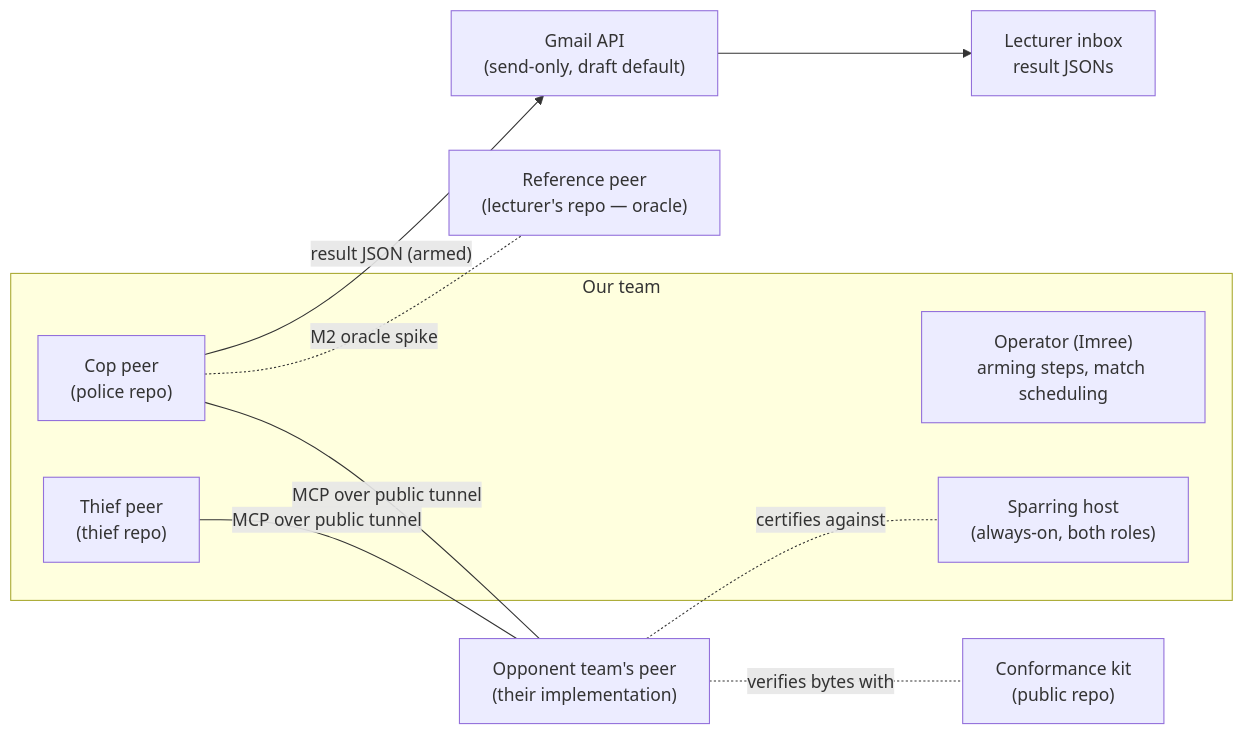
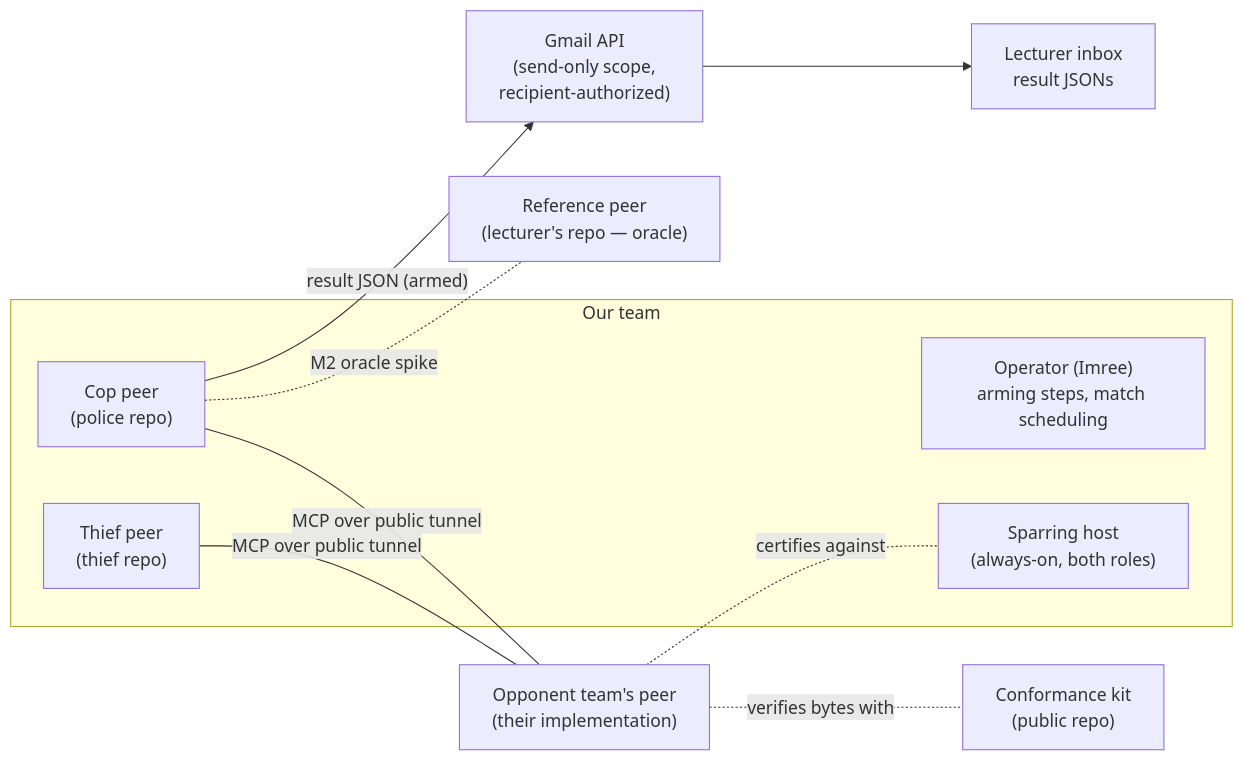
The first of 2 diagrams in docs/PLAN.md (Imreec/copthief-p2p-cop), drawn with Mermaid before and after one commit. The commit also changed other lines of this file and 19 other files, not shown here.

First line of the commit message:
feat(report): M7-6 automatic recipient-authorized reporting (ADR-0008) (#54)

````diff
--- a/docs/PLAN.md
+++ b/docs/PLAN.md
@@ -10,21 +10,21 @@
 ```mermaid
 graph LR
     subgraph "Our team"
         OP["Operator (Imree)<br/>arming steps, match scheduling"]
         COP["Cop peer<br/>(police repo)"]
         THF["Thief peer<br/>(thief repo)"]
         SPAR["Sparring host<br/>(always-on, both roles)"]
     end
     OPP["Opponent team's peer<br/>(their implementation)"]
     REF["Reference peer<br/>(lecturer's repo — oracle)"]
-    GMAIL["Gmail API<br/>(send-only, draft default)"]
+    GMAIL["Gmail API<br/>(send-only scope,<br/>recipient-authorized)"]
     LECT["Lecturer inbox<br/>result JSONs"]
     KIT["Conformance kit<br/>(public repo)"]
 
     COP -- "MCP over public tunnel" --- OPP
     THF -- "MCP over public tunnel" --- OPP
     COP -. "M2 oracle spike" .- REF
     OPP -. "certifies against" .- SPAR
     OPP -. "verifies bytes with" .- KIT
     COP -- "result JSON (armed)" --> GMAIL --> LECT
 ```
````
